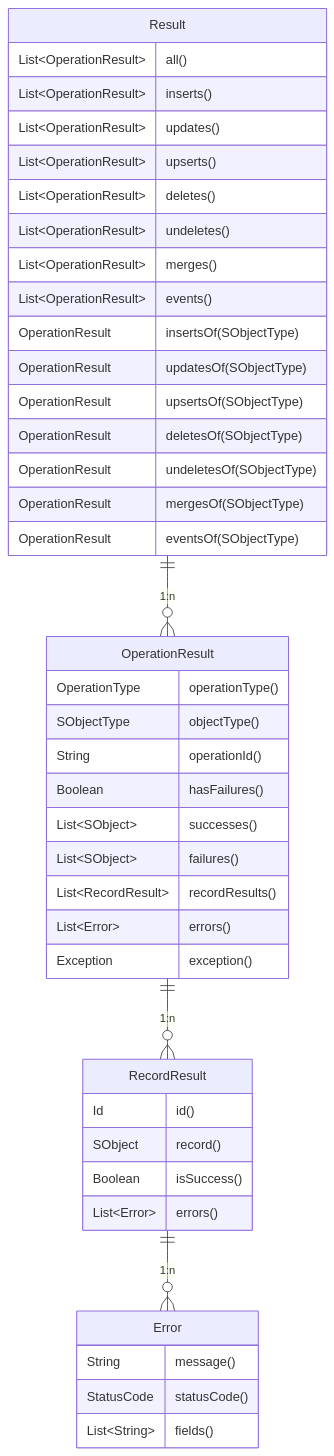
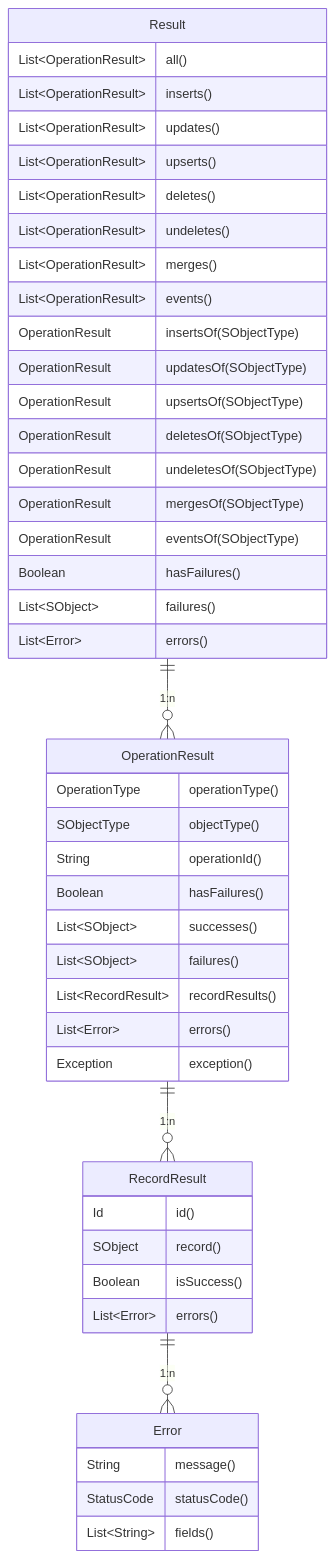
Before and after one commit to beyond-the-cloud-dev/dml-lib: the diagram in website/result.md, drawn with Mermaid. The commit also changed other lines of this file and 52 other files, not shown here.

````diff
--- a/website/result.md
+++ b/website/result.md
@@ -31,49 +31,52 @@
 ```mermaid
 erDiagram
     Result ||--o{ OperationResult : "1:n"
     OperationResult ||--o{ RecordResult : "1:n"
     RecordResult ||--o{ Error : "1:n"
 
     Result {
         List~OperationResult~ all()
         List~OperationResult~ inserts()
         List~OperationResult~ updates()
         List~OperationResult~ upserts()
         List~OperationResult~ deletes()
         List~OperationResult~ undeletes()
         List~OperationResult~ merges()
         List~OperationResult~ events()
         OperationResult insertsOf(SObjectType)
         OperationResult updatesOf(SObjectType)
         OperationResult upsertsOf(SObjectType)
         OperationResult deletesOf(SObjectType)
         OperationResult undeletesOf(SObjectType)
         OperationResult mergesOf(SObjectType)
         OperationResult eventsOf(SObjectType)
+        Boolean hasFailures()
+        List~SObject~ failures()
+        List~Error~ errors()
     }
 
     OperationResult {
         OperationType operationType()
         SObjectType objectType()
         String operationId()
         Boolean hasFailures()
         List~SObject~ successes()
         List~SObject~ failures()
         List~RecordResult~ recordResults()
         List~Error~ errors()
         Exception exception()
     }
 
     RecordResult {
         Id id()
         SObject record()
         Boolean isSuccess()
         List~Error~ errors()
     }
 
     Error {
         String message()
         StatusCode statusCode()
         List~String~ fields()
     }
 ```
````
